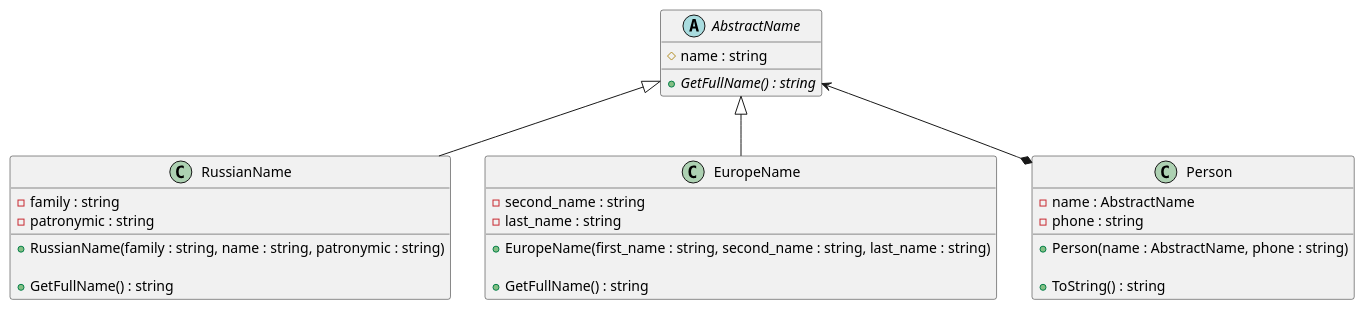
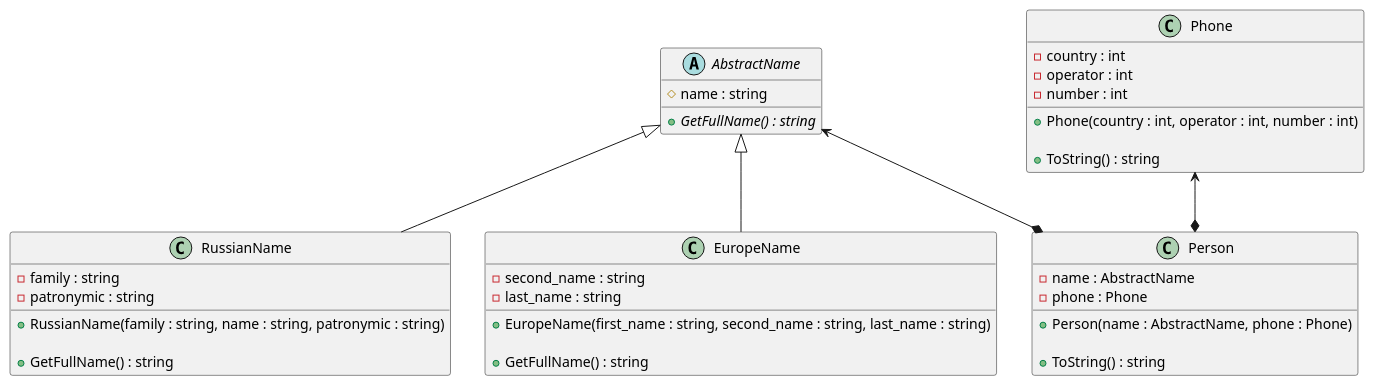
One commit to anst-foto/Person5 changed the diagram in class_diagram.puml. Above: the diagram before and after it, drawn with PlantUML. The commit also changed 5 other files, not shown here.

```diff
--- a/class_diagram.puml
+++ b/class_diagram.puml
@@ -1,40 +1,50 @@
 @startuml
 
 abstract class AbstractName {
 # name : string
 
 + {abstract} GetFullName() : string
 }
 
 AbstractName <|-- RussianName
 class RussianName {
 - family : string
 - patronymic : string
 
 + RussianName(family : string, name : string, patronymic : string)
 
 + GetFullName() : string
 }
 
 AbstractName <|-- EuropeName
 class EuropeName {
 - second_name : string
 - last_name : string
 
 + EuropeName(first_name : string, second_name : string, last_name : string)
 
 + GetFullName() : string
 }
 
+class Phone {
+- country : int
+- operator : int
+- number : int
+
++ Phone(country : int, operator : int, number : int)
+
++ ToString() : string
+}
 
 AbstractName <--* Person
+Phone <--* Person
 class Person {
 - name : AbstractName
-- phone : string
+- phone : Phone
 
-+ Person(name : AbstractName, phone : string)
++ Person(name : AbstractName, phone : Phone)
 
 + ToString() : string
 }
 
 @enduml
```
